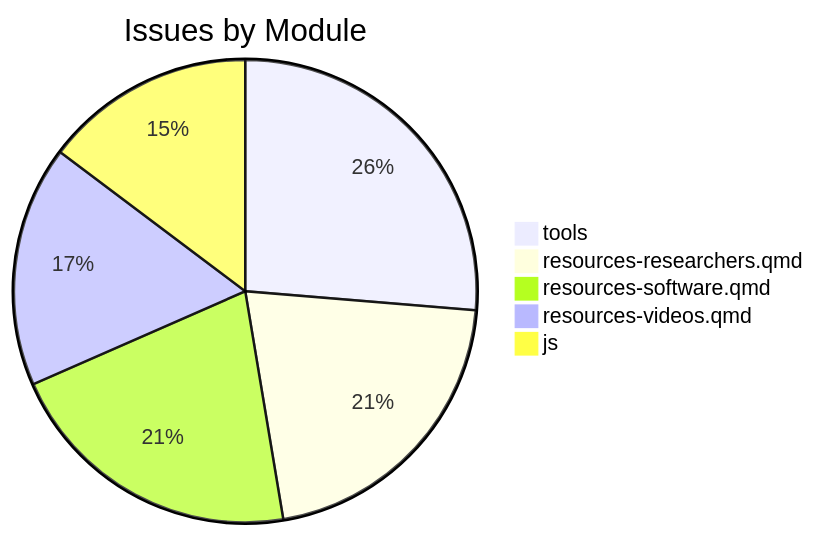
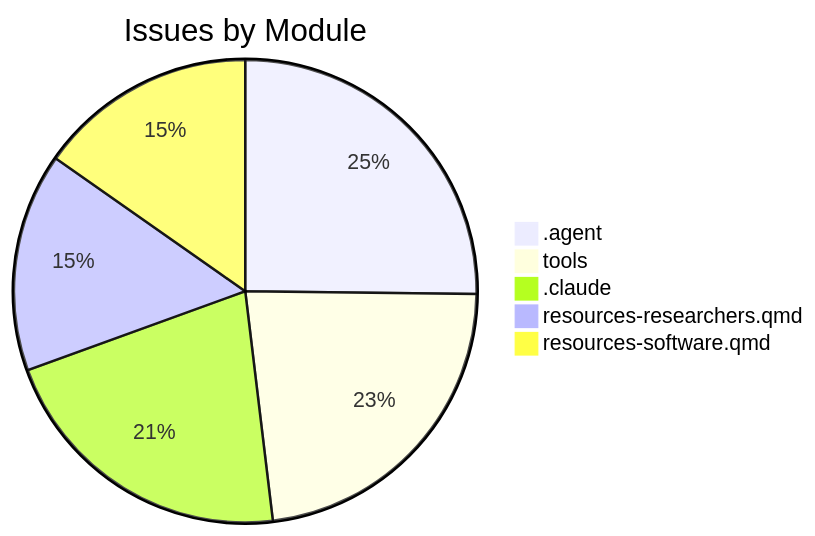
Before and after one commit to D-sorganization/AffineDrift: the second of 2 diagrams in docs/assessments/completist/Completist_Report_2026-02-19.md, drawn with Mermaid. The commit also changed other lines of this file and 25 other files, not shown here.

````diff
--- a/docs/assessments/completist/Completist_Report_2026-02-19.md
+++ b/docs/assessments/completist/Completist_Report_2026-02-19.md
@@ -22,8 +22,8 @@
 ```mermaid
 pie title Issues by Module
-    "tools" : 25
+    ".agent" : 33
+    "tools" : 30
+    ".claude" : 28
     "resources-researchers.qmd" : 20
     "resources-software.qmd" : 20
-    "resources-videos.qmd" : 16
-    "js" : 14
 ```
````
